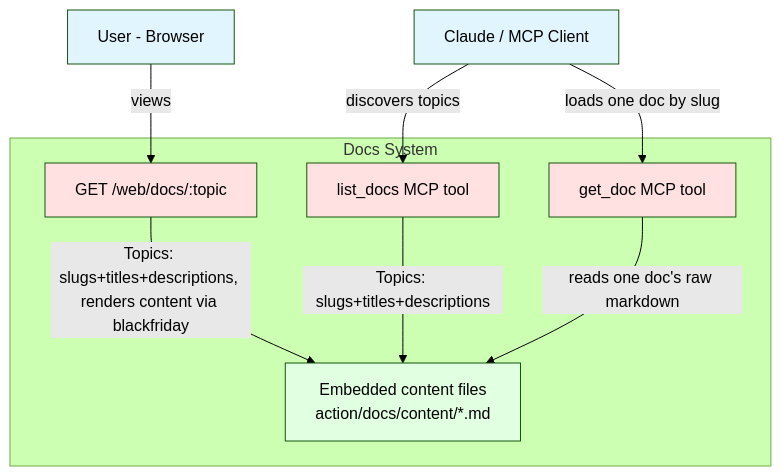
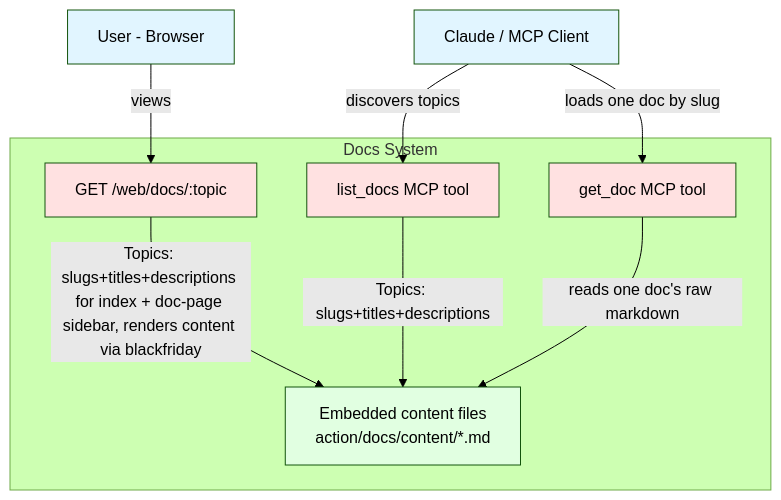
One commit to rusinikita/personal changed the first of 3 diagrams in docs/functions/docs-spec.md. Above: the diagram before and after it, drawn with Mermaid (forest theme). The commit also changed other lines of this file and 4 other files, not shown here.

Commit message:
feat(docs): add sidebar navigation between docs on /web/docs pages

````diff
--- a/docs/functions/docs-spec.md
+++ b/docs/functions/docs-spec.md
@@ -36,27 +37,27 @@
 ```mermaid
 graph TB
     User[User - Browser]
     Agent[Claude / MCP Client]
 
     subgraph "Docs System"
         Web[GET /web/docs/:topic]
         List[list_docs MCP tool]
         Get[get_doc MCP tool]
         FS[Embedded content files<br/>action/docs/content/*.md]
 
-        Web -->|Topics: slugs+titles+descriptions, renders content via blackfriday| FS
+        Web -->|Topics: slugs+titles+descriptions for index + doc-page sidebar, renders content via blackfriday| FS
         List -->|Topics: slugs+titles+descriptions| FS
         Get -->|reads one doc's raw markdown| FS
     end
 
     User -->|views| Web
     Agent -->|discovers topics| List
     Agent -->|loads one doc by slug| Get
 
     style User fill:#e1f5ff
     style Agent fill:#e1f5ff
     style List fill:#ffe1e1
     style Get fill:#ffe1e1
     style Web fill:#ffe1e1
     style FS fill:#e1ffe1
 ```
````
